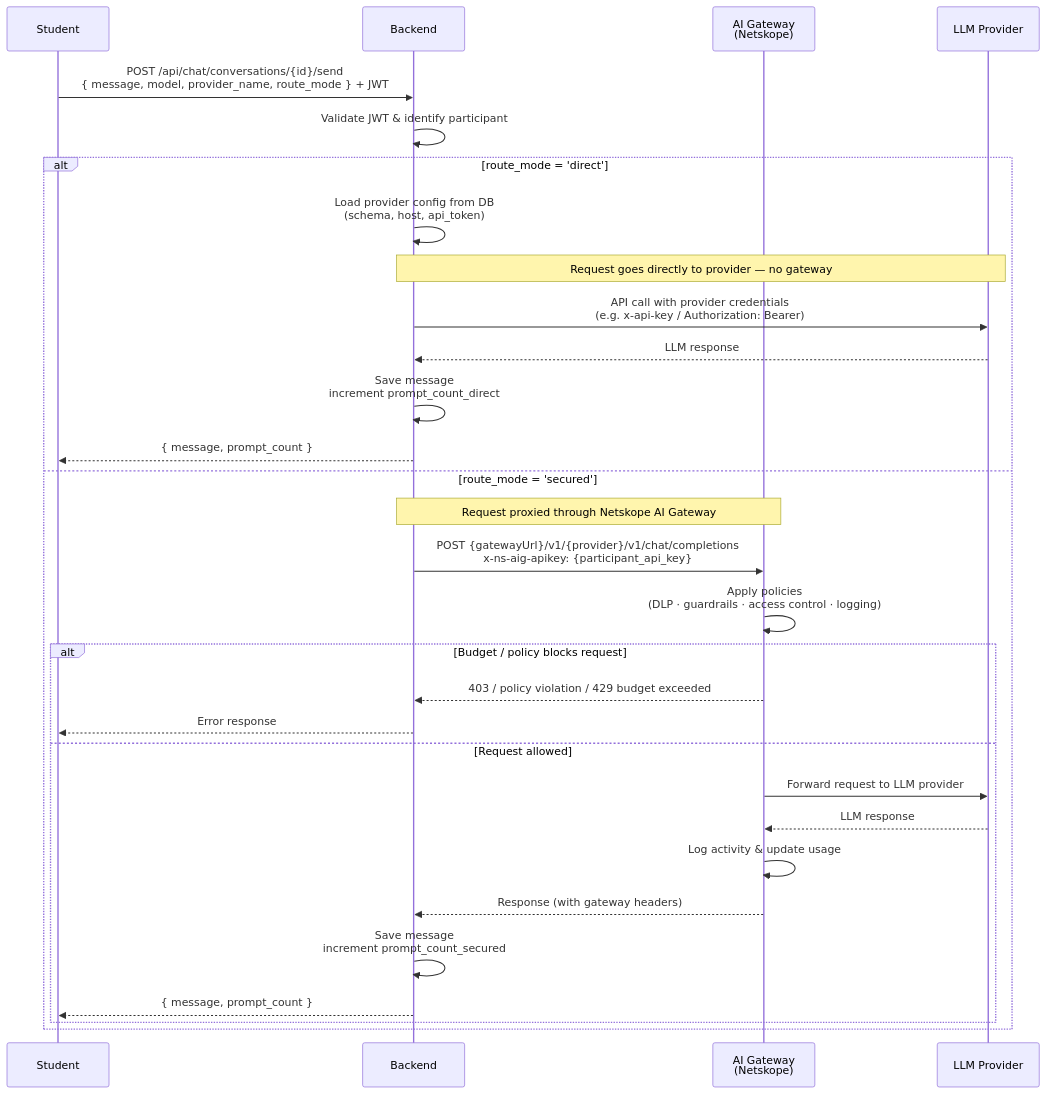
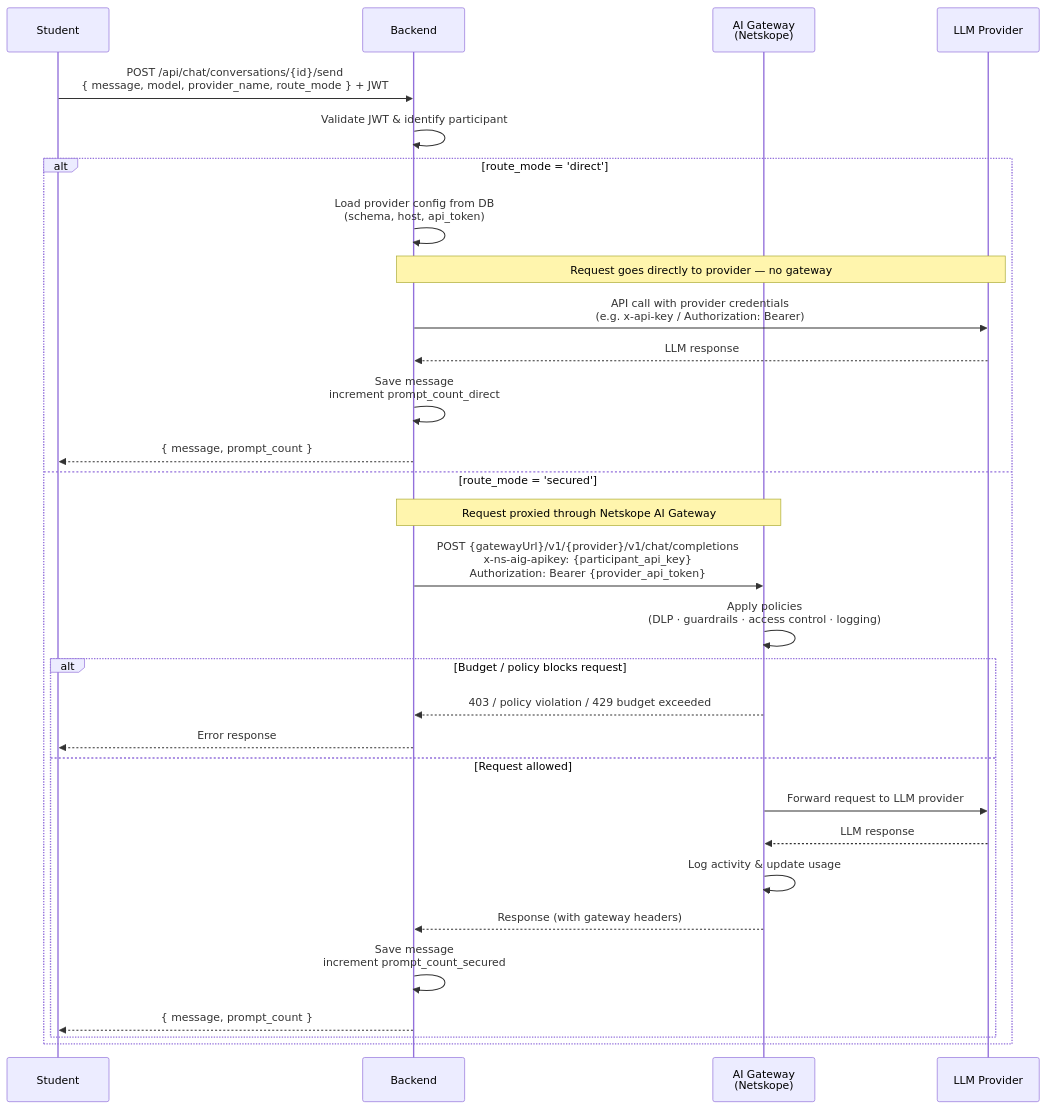
The diagram in docs/llm-flow-diagram.md (ns-ifranzoni/aigw-workshop-ctf), drawn with Mermaid before and after one commit. The commit also changed other lines of this file, not shown here.

Commit message:
docs: fix secured flow — include both auth headers (gateway + provider)
The secured mode sends both x-ns-aig-apikey (participant identity for Netskope)
and Authorization: Bearer (provider API token forwarded to the LLM).

Claude-Session: https://claude.ai/code/session_016z4jioudKybzgY7Te3JjuQ

````diff
--- a/docs/llm-flow-diagram.md
+++ b/docs/llm-flow-diagram.md
@@ -3,43 +3,43 @@
 ```mermaid
 sequenceDiagram
     participant ST as Student
     participant BE as Backend
     participant GW as AI Gateway<br/>(Netskope)
     participant LLM as LLM Provider
 
     ST->>BE: POST /api/chat/conversations/{id}/send<br/>{ message, model, provider_name, route_mode } + JWT
 
     BE->>BE: Validate JWT & identify participant
 
     alt route_mode = 'direct'
 
         BE->>BE: Load provider config from DB<br/>(schema, host, api_token)
 
         note over BE,LLM: Request goes directly to provider — no gateway
 
         BE->>LLM: API call with provider credentials<br/>(e.g. x-api-key / Authorization: Bearer)
         LLM-->>BE: LLM response
         BE->>BE: Save message<br/>increment prompt_count_direct
         BE-->>ST: { message, prompt_count }
 
     else route_mode = 'secured'
 
         note over BE,GW: Request proxied through Netskope AI Gateway
 
-        BE->>GW: POST {gatewayUrl}/v1/{provider}/v1/chat/completions<br/>x-ns-aig-apikey: {participant_api_key}
+        BE->>GW: POST {gatewayUrl}/v1/{provider}/v1/chat/completions<br/>x-ns-aig-apikey: {participant_api_key}<br/>Authorization: Bearer {provider_api_token}
         GW->>GW: Apply policies<br/>(DLP · guardrails · access control · logging)
 
         alt Budget / policy blocks request
             GW-->>BE: 403 / policy violation / 429 budget exceeded
             BE-->>ST: Error response
         else Request allowed
             GW->>LLM: Forward request to LLM provider
             LLM-->>GW: LLM response
             GW->>GW: Log activity & update usage
             GW-->>BE: Response (with gateway headers)
             BE->>BE: Save message<br/>increment prompt_count_secured
             BE-->>ST: { message, prompt_count }
         end
 
     end
 ```
````
